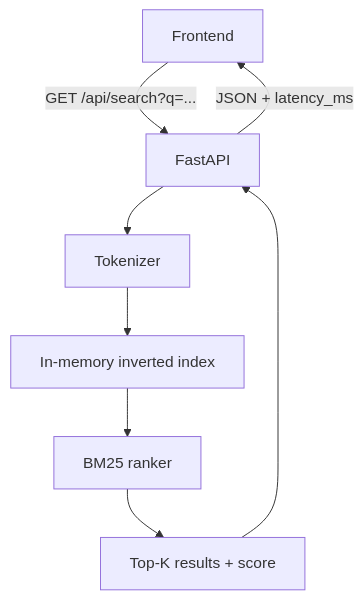
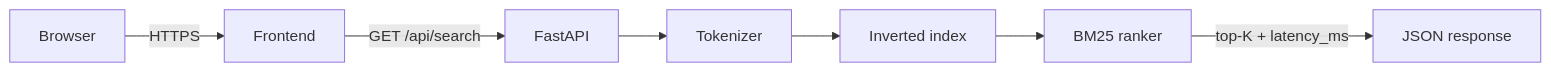
One commit to nbmsystemas/atlas-search-engine changed the diagram in docs/architecture.md. Above: the diagram before and after it, drawn with Mermaid. The commit also changed 8 other files, not shown here.

````diff
--- a/docs/architecture.md
+++ b/docs/architecture.md
@@ -7,10 +7,9 @@
 ```mermaid
-flowchart TD
-    A[Frontend] -->|GET /api/search?q=...| B[FastAPI]
-    B --> C[Tokenizer]
-    C --> D[In-memory inverted index]
-    D --> E[BM25 ranker]
-    E --> F[Top-K results + score]
-    F --> B
-    B -->|JSON + latency_ms| A
+flowchart LR
+    browser[Browser] -->|HTTPS| frontend[Frontend]
+    frontend -->|GET /api/search| api[FastAPI]
+    api --> tokenizer[Tokenizer]
+    tokenizer --> index[Inverted index]
+    index --> ranker[BM25 ranker]
+    ranker -->|top-K + latency_ms| response[JSON response]
 ```
````
